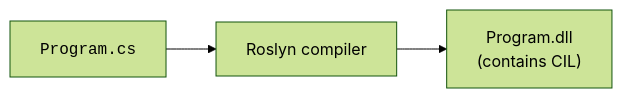
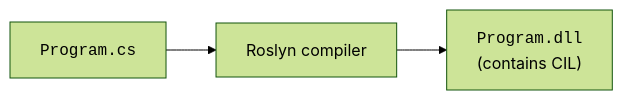
Before and after one commit to dataslope/dataslope: the first of 5 diagrams in content/learn/intro-modern-csharp/how-programs-execute.mdx, drawn with Mermaid (forest theme). The commit also changed 100 other files, not shown here.

First line of the commit message:
Wrap more code in diagram labels: filenames, hex, assignments, subgraph titles

````diff
--- a/content/learn/intro-modern-csharp/how-programs-execute.mdx
+++ b/content/learn/intro-modern-csharp/how-programs-execute.mdx
@@ -90,5 +90,5 @@
 ```mermaid
 flowchart LR
     S["<code>Program.cs</code>"] --> R["Roslyn compiler"]
-    R --> D["Program.dll<br/>(contains CIL)"]
+    R --> D["<code>Program.dll</code><br/>(contains CIL)"]
 ```
````
